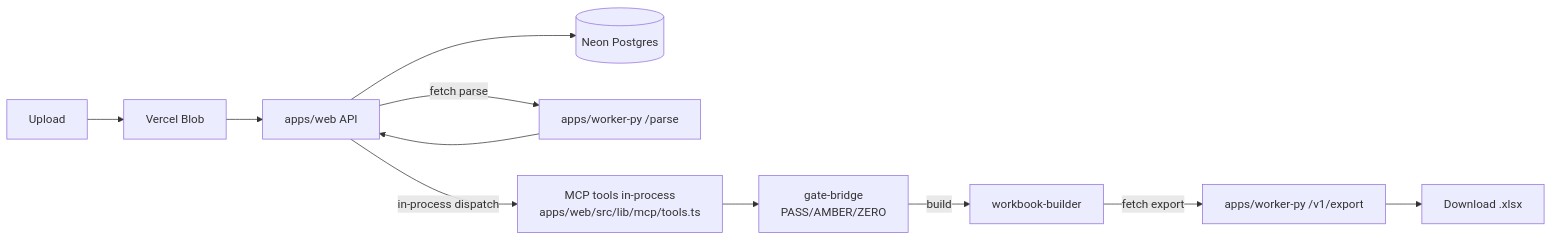
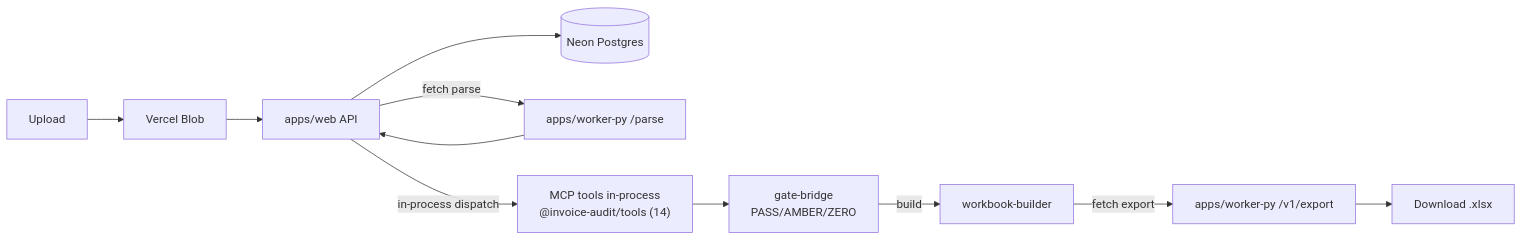
The diagram in docs/SYSTEM_ARCHITECTURE.md (macho715/invoice_sct), drawn with Mermaid before and after one commit. The commit also changed other lines of this file and 63 other files, not shown here.

````diff
--- a/docs/SYSTEM_ARCHITECTURE.md
+++ b/docs/SYSTEM_ARCHITECTURE.md
@@ -19,13 +21,13 @@
 ```mermaid
 flowchart LR
     U[Upload] --> B[Vercel Blob]
     B --> W["apps/web API"]
     W --> D[(Neon Postgres)]
     W -->|fetch parse| PY["apps/worker-py /parse"]
     PY --> W
-    W -->|in-process dispatch| MCP["MCP tools in-process<br/>apps/web/src/lib/mcp/tools.ts"]
+    W -->|in-process dispatch| MCP["MCP tools in-process<br/>@invoice-audit/tools (14)"]
     MCP --> GB["gate-bridge<br/>PASS/AMBER/ZERO"]
     GB -->|build| WB["workbook-builder"]
     WB -->|fetch export| PY2["apps/worker-py /v1/export"]
     PY2 --> DL["Download .xlsx"]
 ```
````
